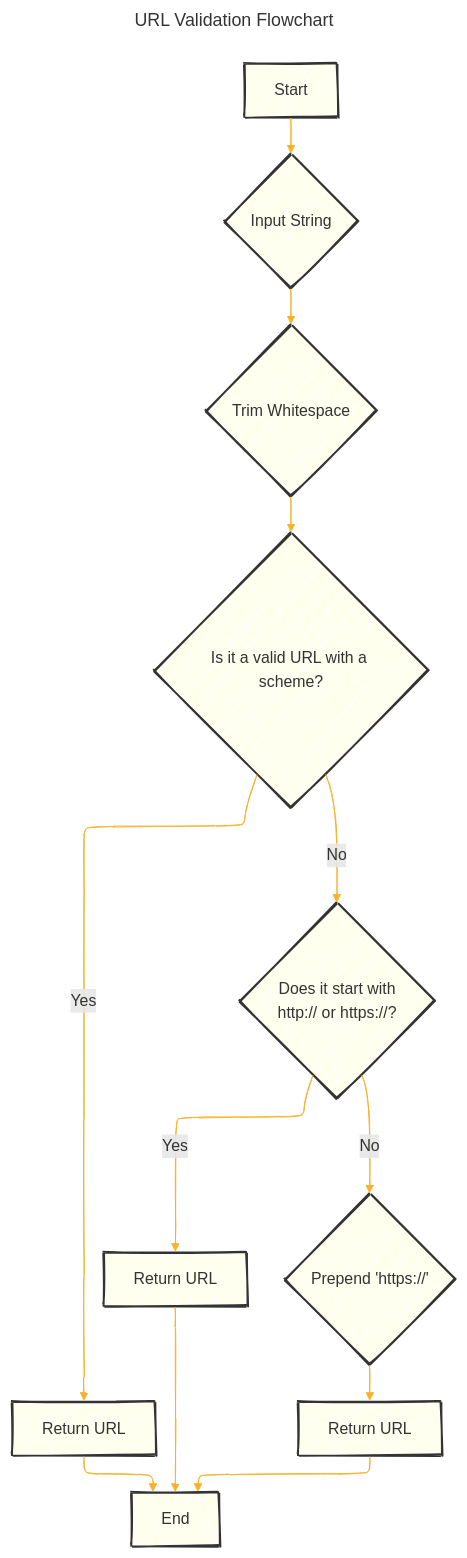
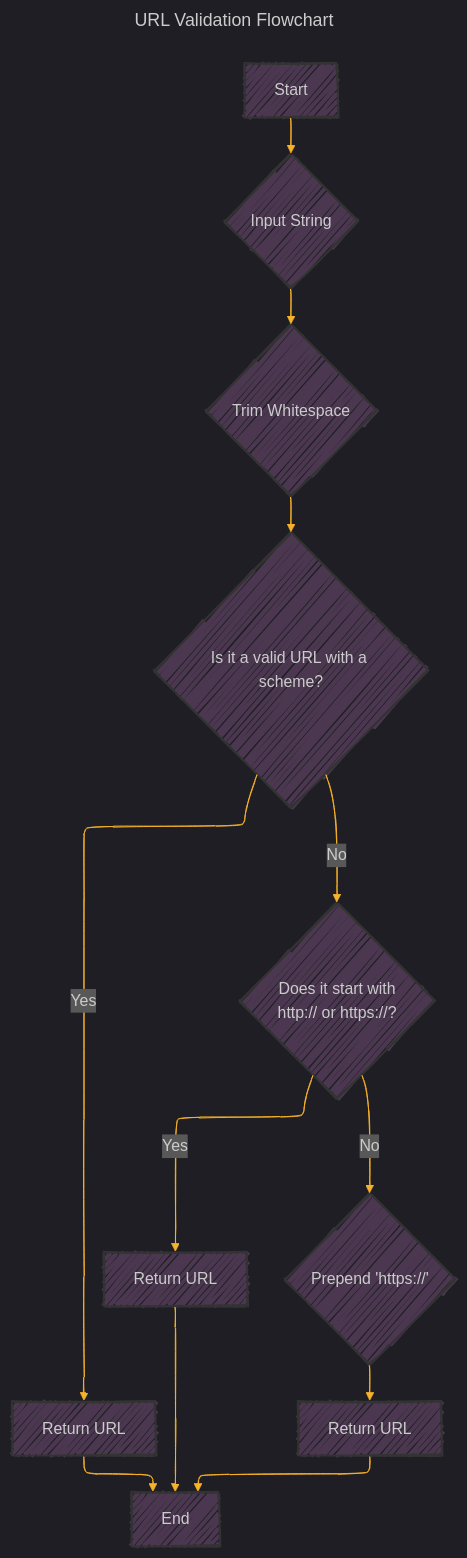
One commit to CongLeSolutionX/iOS-development-vault changed the fifth of 7 diagrams in WEB_TECH/SAMPLE_APPS/Shinny_Browser_App/Shinny_Browser_App.md. Above: the diagram before and after it, drawn with Mermaid. The commit also changed other lines of this file, not shown here.

````diff
--- a/WEB_TECH/SAMPLE_APPS/Shinny_Browser_App/Shinny_Browser_App.md
+++ b/WEB_TECH/SAMPLE_APPS/Shinny_Browser_App/Shinny_Browser_App.md
@@ -446,47 +444,47 @@
 ```mermaid
 ---
 title: "URL Validation Flowchart"
 author: "Cong Le"
 version: "1.0"
 license(s): "MIT, CC BY 4.0"
 copyright: "Copyright (c) 2025 Cong Le. All Rights Reserved."
 config:
   layout: elk
   look: handDrawn
-  theme: default
+  theme: dark
 ---
 %%%%%%%% Mermaid version v11.4.1-b.14
 %%%%%%%% Toggle theme value to `base` to activate the initilization below for the customized theme version.
 %%%%%%%% Available curve styles include the following keywords:
 %% basis, bumpX, bumpY, cardinal, catmullRom, linear, monotoneX, monotoneY, natural, step, stepAfter, stepBefore.
 %%{
   init: {
     'flowchart': {'htmlLabels': true, 'curve': 'basis' },
     'fontFamily': 'Fantasy',
     'themeVariables': {
       'primaryColor': '#ffff',
       'primaryTextColor': '#2ff9',
       'primaryBorderColor': '#7c2',
       'lineColor': '#F8B229',
       'secondaryColor': '#006100',
       'tertiaryColor': '#fff'
     }
   }
 }%%
 flowchart TD
     A["Start"] --> B{"Input String"}
     B --> C{"Trim Whitespace"}
     C --> D{"Is it a valid URL with a scheme?"}
     D -- Yes --> E[Return URL]
     D -- No --> F{"Does it start with<br>http:// or https://?"}
     F -- Yes --> G["Return URL"]
     F -- No --> H{"Prepend 'https://'"}
     H --> I["Return URL"]
     E --> J["End"]
     G --> J
     I --> J
     
-    classDef highlight fill:#ffc5,stroke:#333,stroke-width:2px
+    classDef highlight fill:#f9f3,stroke:#333,stroke-width:2px
     class A,B,C,D,E,F,G,H,I,J highlight
     
 ```
````
